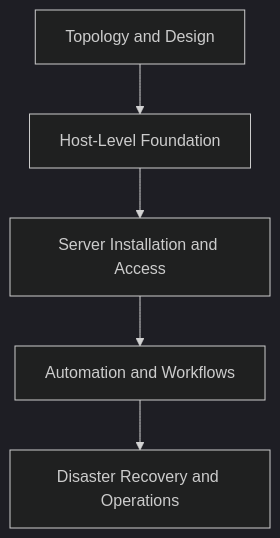
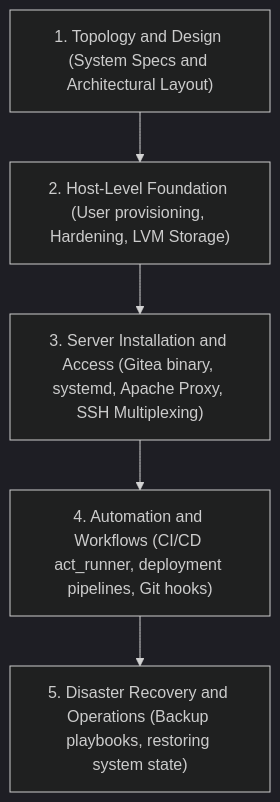
The first of 4 diagrams in Reference Notes/06_gitea_installation_and_workflows.md (kmashour/BrainDump), drawn with Mermaid (dark theme) before and after one commit. The commit also changed 15 other files, not shown here.

Commit message:
docs: restore detailed informative mermaid diagrams replacing ampersands with 'and'

````diff
--- a/Reference Notes/06_gitea_installation_and_workflows.md
+++ b/Reference Notes/06_gitea_installation_and_workflows.md
@@ -11,7 +11,7 @@
 ```mermaid
 graph TD
-    A["Topology and Design"] --> B["Host-Level Foundation"]
-    B --> C["Server Installation and Access"]
-    C --> D["Automation and Workflows"]
-    D --> E["Disaster Recovery and Operations"]
+    A["1. Topology and Design (System Specs and Architectural Layout)"] --> B["2. Host-Level Foundation (User provisioning, Hardening, LVM Storage)"]
+    B --> C["3. Server Installation and Access (Gitea binary, systemd, Apache Proxy, SSH Multiplexing)"]
+    C --> D["4. Automation and Workflows (CI/CD act_runner, deployment pipelines, Git hooks)"]
+    D --> E["5. Disaster Recovery and Operations (Backup playbooks, restoring system state)"]
 ```
````
